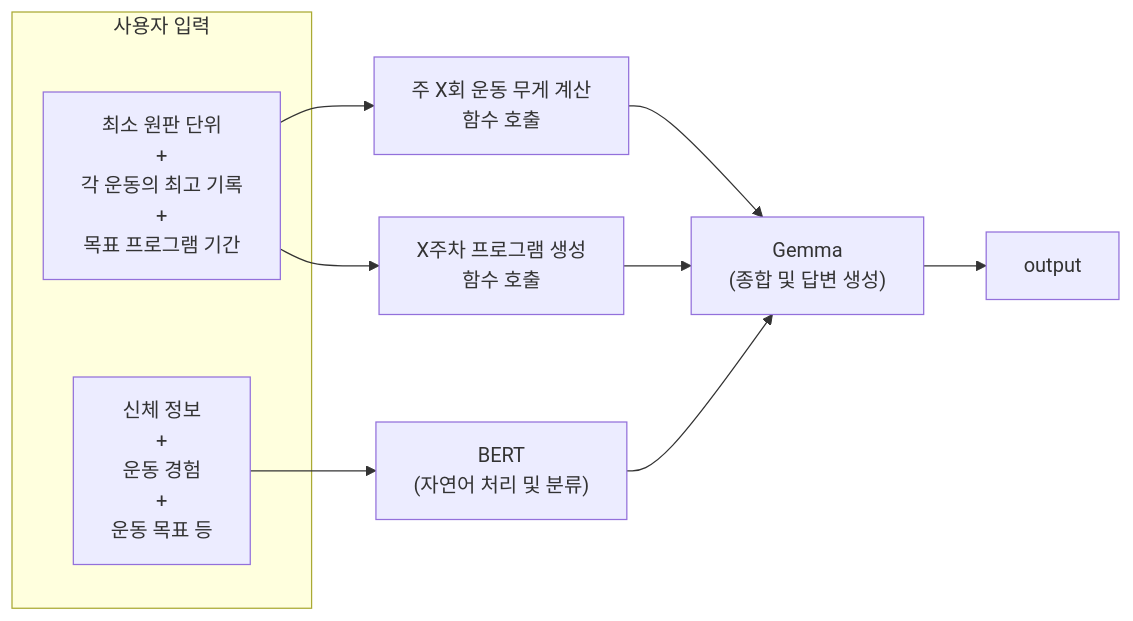
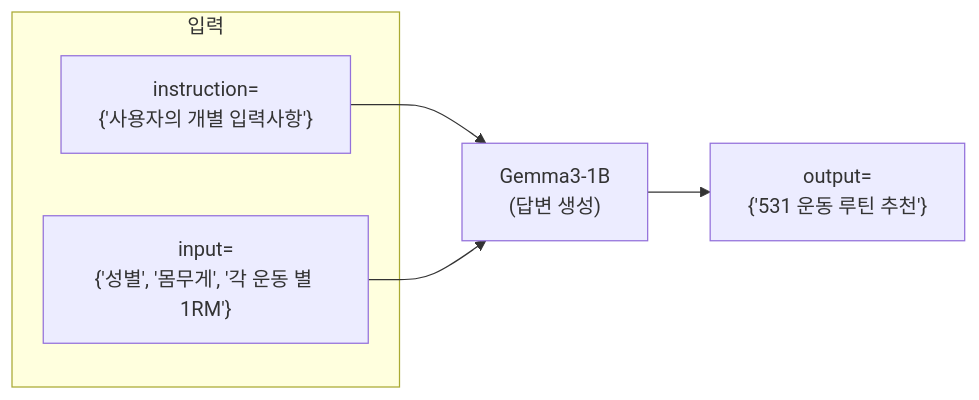
Before and after one commit to daehyun99/BurnFit-AI-developer-assignment: the diagram in README.md, drawn with Mermaid. The commit also changed other lines of this file and 1 other file, not shown here.

````diff
--- a/README.md
+++ b/README.md
@@ -5,18 +14,13 @@
 ```mermaid
 graph LR
-    subgraph 사용자 입력
-        A1["최소 원판 단위<br>+<br>각 운동의 최고 기록<br>+<br>목표 프로그램 기간"]
-        A2["신체 정보<br>+<br>운동 경험<br>+<br>운동 목표 등"]
+    subgraph 입력
+        A1["instruction=<br>{'사용자의 개별 입력사항'}"]
+        A2["input=<br>{'성별', '몸무게', '각 운동 별 1RM'}"]
     end
 
-    A1 --> B1["주 X회 운동 무게 계산<br>함수 호출"]
-    A1 --> B2["X주차 프로그램 생성<br>함수 호출"]
-    A2 --> B3["BERT<br>(자연어 처리 및 분류)"]
+    A1 --> C
+    A2 --> C["Gemma3-1B<br>(답변 생성)"]
 
-    B1 --> C["Gemma<br>(종합 및 답변 생성)"]
-    B2 --> C
-    B3 --> C
-
-    C --> D["output"]
+    C --> D["output=<br>{'531 운동 루틴 추천'}"]
 
 ```
````
